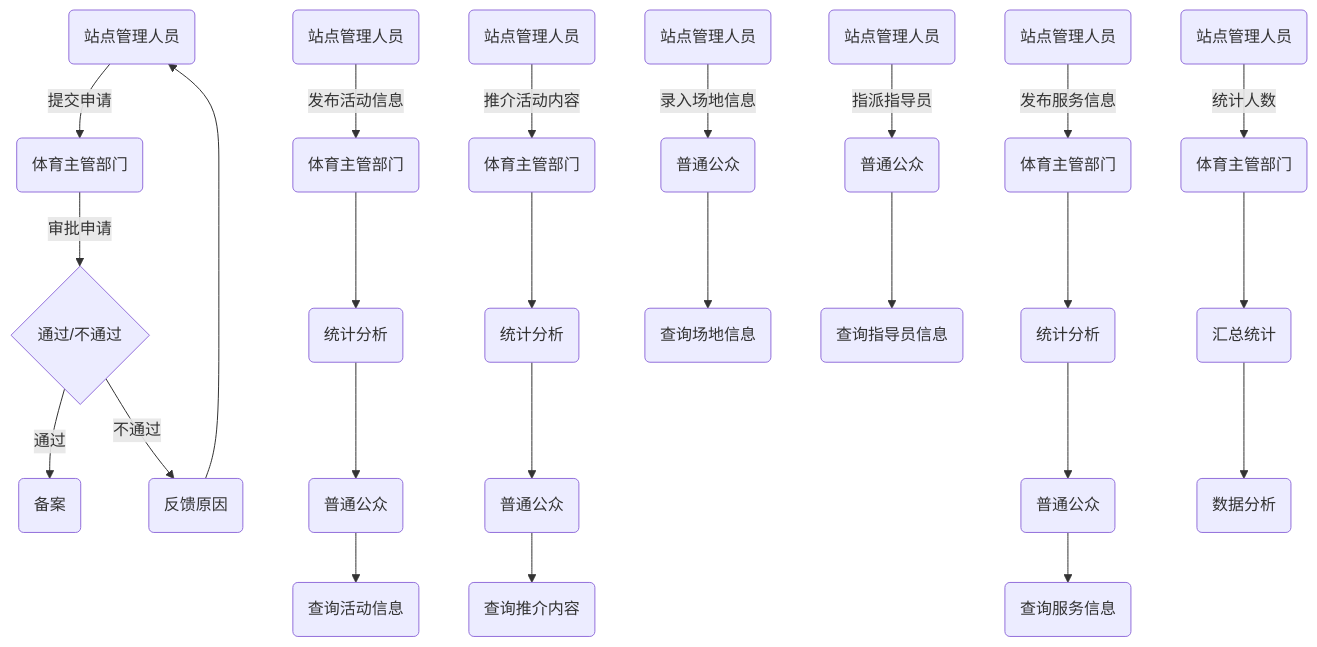
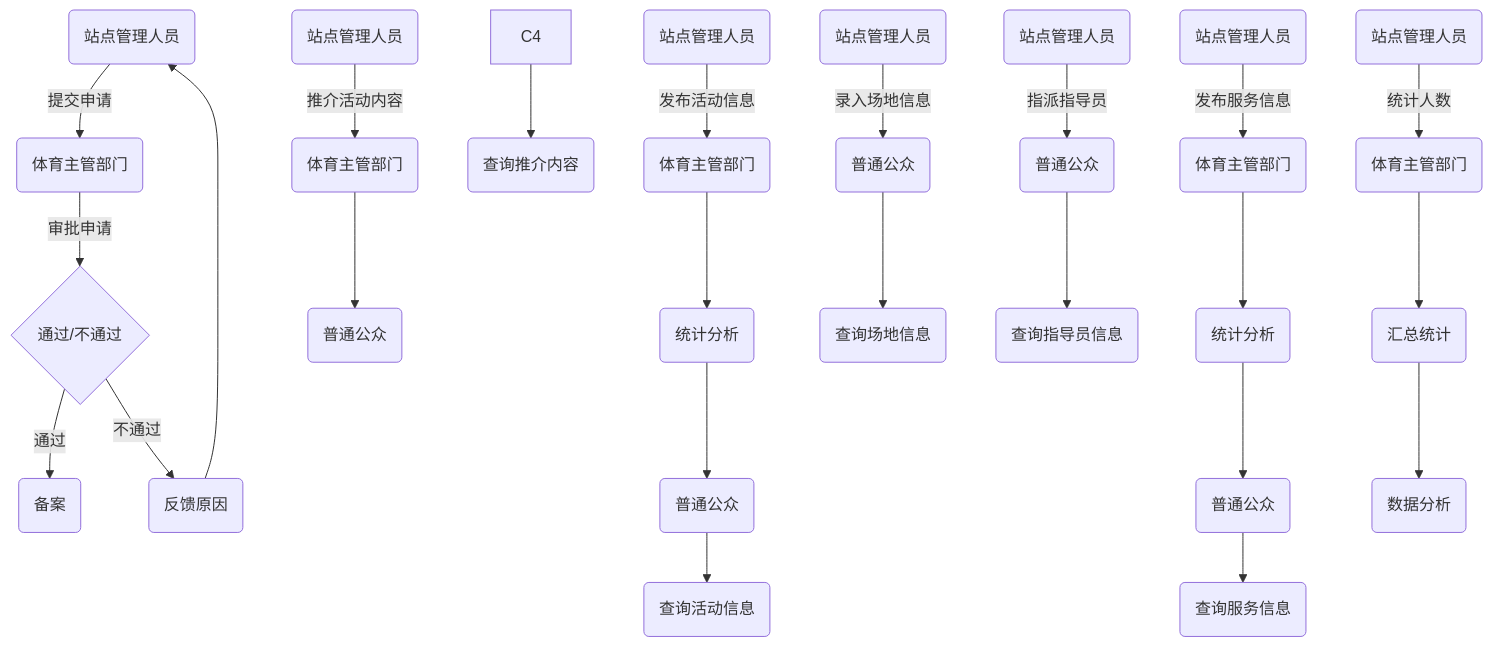
Before and after one commit to miaozjs/iodraw-files: the diagram in all/未命名-1.md, drawn with Mermaid.

Commit message:
2024-06-13 17:32:43 update

````diff
--- a/all/未命名-1.md
+++ b/all/未命名-1.md
@@ -1,34 +1,33 @@
 ```mermaid
 graph TD
     A1(站点管理人员) -->|提交申请| A2(体育主管部门)
     A2 -->|审批申请| A3{通过/不通过}
     A3 -->|通过| A4(备案)
     A3 -->|不通过| A5(反馈原因)
     A5 --> A1
 
     B1(站点管理人员) -->|发布活动信息| B2(体育主管部门)
     B2 --> B3(统计分析)
     B3 --> B4(普通公众)
     B4 --> B5(查询活动信息)
 
     C1(站点管理人员) -->|推介活动内容| C2(体育主管部门)
-    C2 --> C3(统计分析)
-    C3 --> C4(普通公众)
+    C2 --> C3(普通公众)
     C4 --> C5(查询推介内容)
 
     D1(站点管理人员) -->|发布服务信息| D2(体育主管部门)
     D2 --> D3(统计分析)
     D3 --> D4(普通公众)
     D4 --> D5(查询服务信息)
 
     E1(站点管理人员) -->|录入场地信息| E4(普通公众)
     E4 --> E6(查询场地信息)
 
     F1(站点管理人员) -->|指派指导员| F4(普通公众)
     F4 --> F6(查询指导员信息)
 
     G1(站点管理人员) -->|统计人数| G2(体育主管部门)
     G2 --> G3(汇总统计)
     G3 --> G4(数据分析)
 
 ```
````
